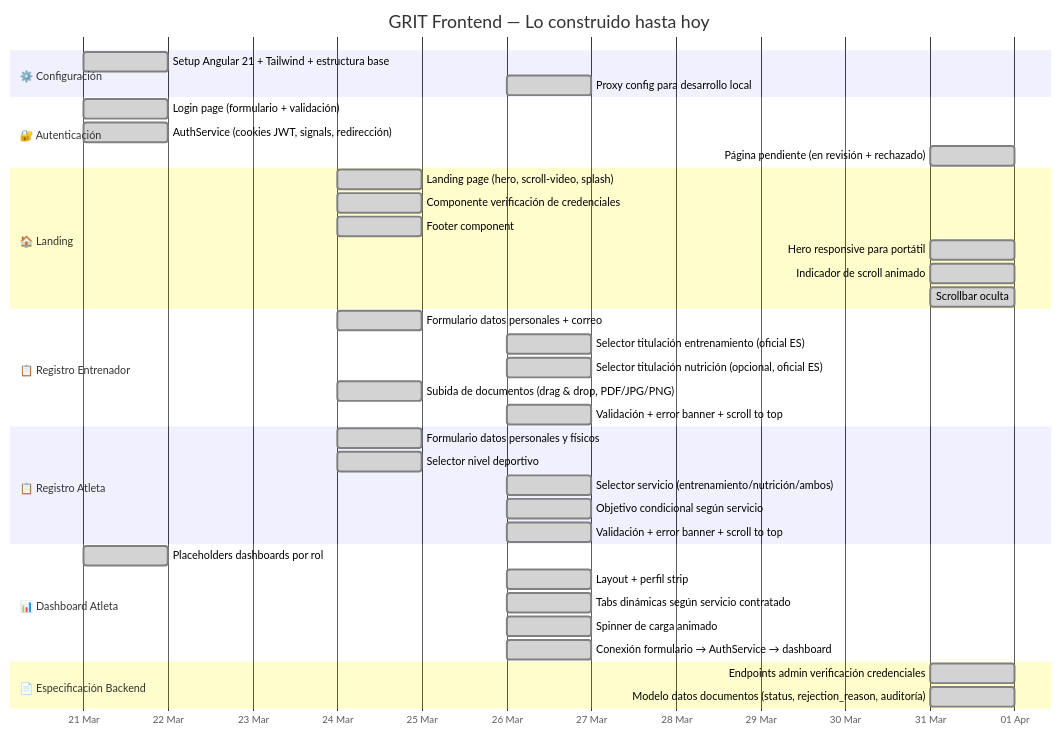
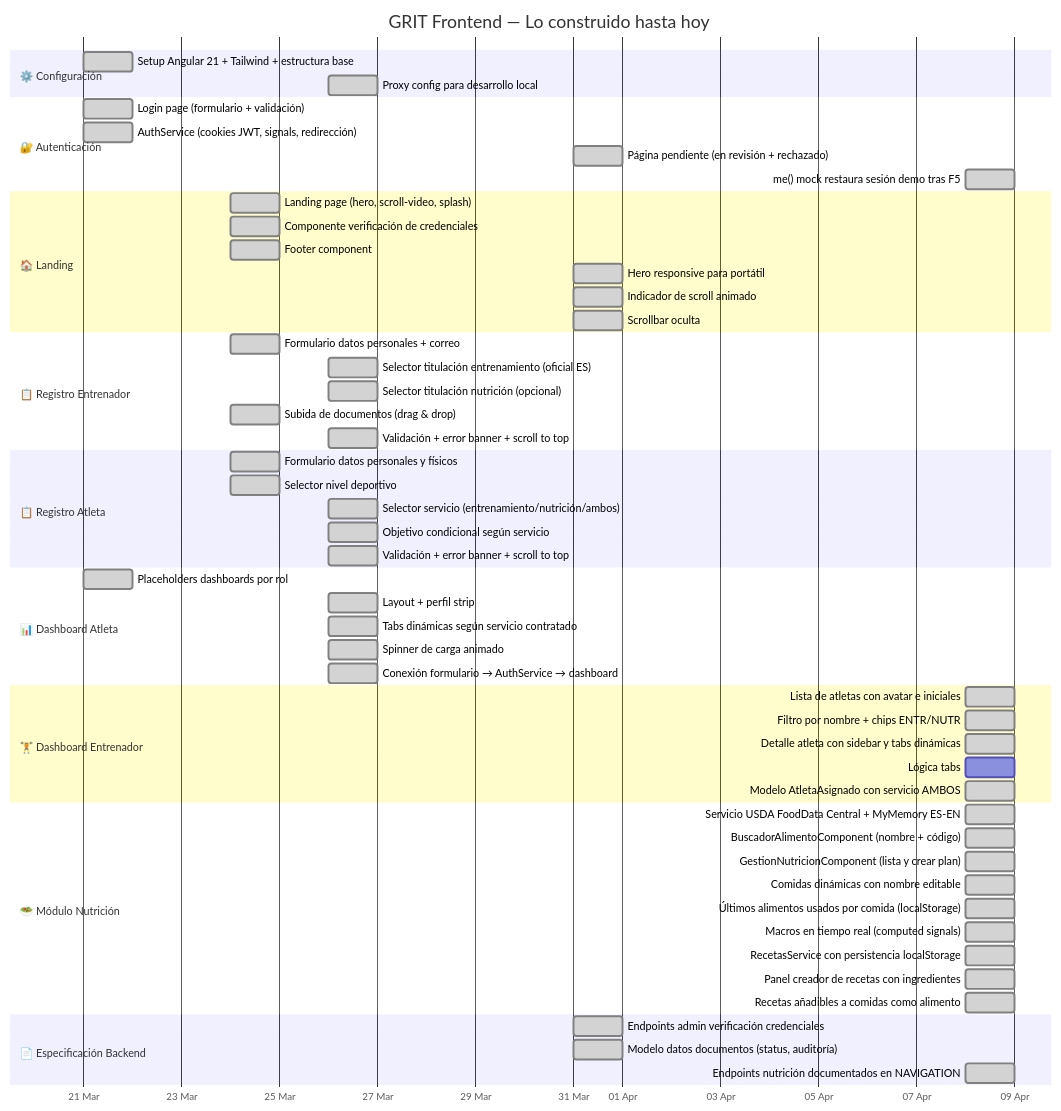
The diagram in Documentacion/GANTT_FRONTEND_REALIZADO.md (DevRodrigoPdp/GRIT), drawn with Mermaid before and after one commit. The commit also changed other lines of this file, not shown here.

Commit message:
docs: update GANTT with 08 Apr work (dashboard entrenador + módulo nutrición)

````diff
--- a/Documentacion/GANTT_FRONTEND_REALIZADO.md
+++ b/Documentacion/GANTT_FRONTEND_REALIZADO.md
@@ -4,48 +4,68 @@
 ```mermaid
 gantt
     title GRIT Frontend — Lo construido hasta hoy
     dateFormat  YYYY-MM-DD
     axisFormat  %d %b
 
     section ⚙️ Configuración
     Setup Angular 21 + Tailwind + estructura base   :done, 2026-03-21, 1d
     Proxy config para desarrollo local              :done, 2026-03-26, 1d
 
     section 🔐 Autenticación
     Login page (formulario + validación)            :done, 2026-03-21, 1d
     AuthService (cookies JWT, signals, redirección) :done, 2026-03-21, 1d
     Página pendiente (en revisión + rechazado)      :done, 2026-03-31, 1d
+    me() mock restaura sesión demo tras F5          :done, 2026-04-08, 1d
 
     section 🏠 Landing
     Landing page (hero, scroll-video, splash)       :done, 2026-03-24, 1d
     Componente verificación de credenciales         :done, 2026-03-24, 1d
     Footer component                                :done, 2026-03-24, 1d
     Hero responsive para portátil                   :done, 2026-03-31, 1d
     Indicador de scroll animado                     :done, 2026-03-31, 1d
     Scrollbar oculta                                :done, 2026-03-31, 1d
 
     section 📋 Registro Entrenador
     Formulario datos personales + correo            :done, 2026-03-24, 1d
     Selector titulación entrenamiento (oficial ES)  :done, 2026-03-26, 1d
-    Selector titulación nutrición (opcional, oficial ES) :done, 2026-03-26, 1d
-    Subida de documentos (drag & drop, PDF/JPG/PNG) :done, 2026-03-24, 1d
+    Selector titulación nutrición (opcional)        :done, 2026-03-26, 1d
+    Subida de documentos (drag & drop)              :done, 2026-03-24, 1d
     Validación + error banner + scroll to top       :done, 2026-03-26, 1d
 
     section 📋 Registro Atleta
     Formulario datos personales y físicos           :done, 2026-03-24, 1d
     Selector nivel deportivo                        :done, 2026-03-24, 1d
     Selector servicio (entrenamiento/nutrición/ambos):done, 2026-03-26, 1d
     Objetivo condicional según servicio             :done, 2026-03-26, 1d
     Validación + error banner + scroll to top       :done, 2026-03-26, 1d
 
     section 📊 Dashboard Atleta
     Placeholders dashboards por rol                 :done, 2026-03-21, 1d
     Layout + perfil strip                           :done, 2026-03-26, 1d
     Tabs dinámicas según servicio contratado        :done, 2026-03-26, 1d
     Spinner de carga animado                        :done, 2026-03-26, 1d
     Conexión formulario → AuthService → dashboard   :done, 2026-03-26, 1d
 
+    section 🏋️ Dashboard Entrenador
+    Lista de atletas con avatar e iniciales         :done, 2026-04-08, 1d
+    Filtro por nombre + chips ENTR/NUTR             :done, 2026-04-08, 1d
+    Detalle atleta con sidebar y tabs dinámicas     :done, 2026-04-08, 1d
+    Lógica tabs: intersección títulos × servicio    :done, 2026-04-08, 1d
+    Modelo AtletaAsignado con servicio AMBOS        :done, 2026-04-08, 1d
+
+    section 🥗 Módulo Nutrición
+    Servicio USDA FoodData Central + MyMemory ES-EN :done, 2026-04-08, 1d
+    BuscadorAlimentoComponent (nombre + código)     :done, 2026-04-08, 1d
+    GestionNutricionComponent (lista y crear plan)  :done, 2026-04-08, 1d
+    Comidas dinámicas con nombre editable           :done, 2026-04-08, 1d
+    Últimos alimentos usados por comida (localStorage):done, 2026-04-08, 1d
+    Macros en tiempo real (computed signals)        :done, 2026-04-08, 1d
+    RecetasService con persistencia localStorage   :done, 2026-04-08, 1d
+    Panel creador de recetas con ingredientes       :done, 2026-04-08, 1d
+    Recetas añadibles a comidas como alimento       :done, 2026-04-08, 1d
+
     section 📄 Especificación Backend
     Endpoints admin verificación credenciales       :done, 2026-03-31, 1d
-    Modelo datos documentos (status, rejection_reason, auditoría) :done, 2026-03-31, 1d
+    Modelo datos documentos (status, auditoría)     :done, 2026-03-31, 1d
+    Endpoints nutrición documentados en NAVIGATION  :done, 2026-04-08, 1d
 ```
````
